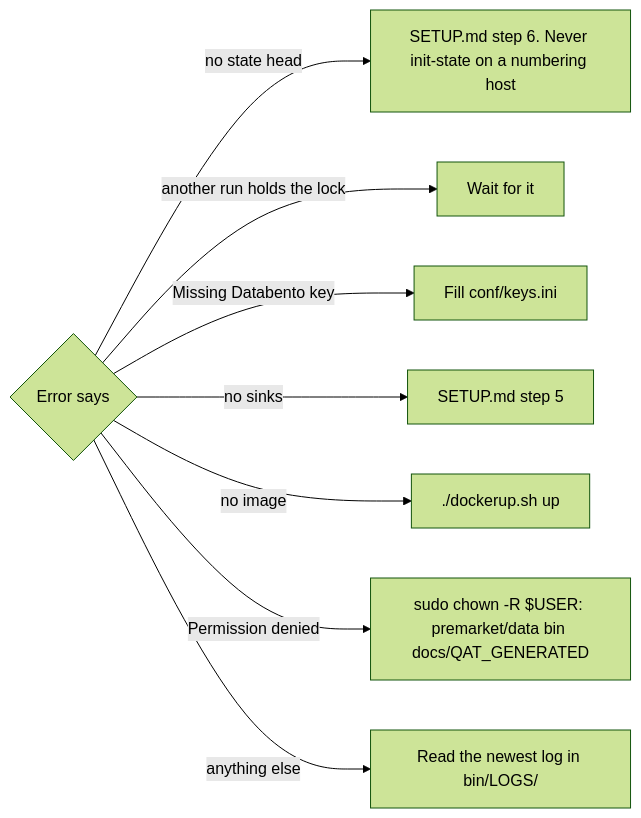
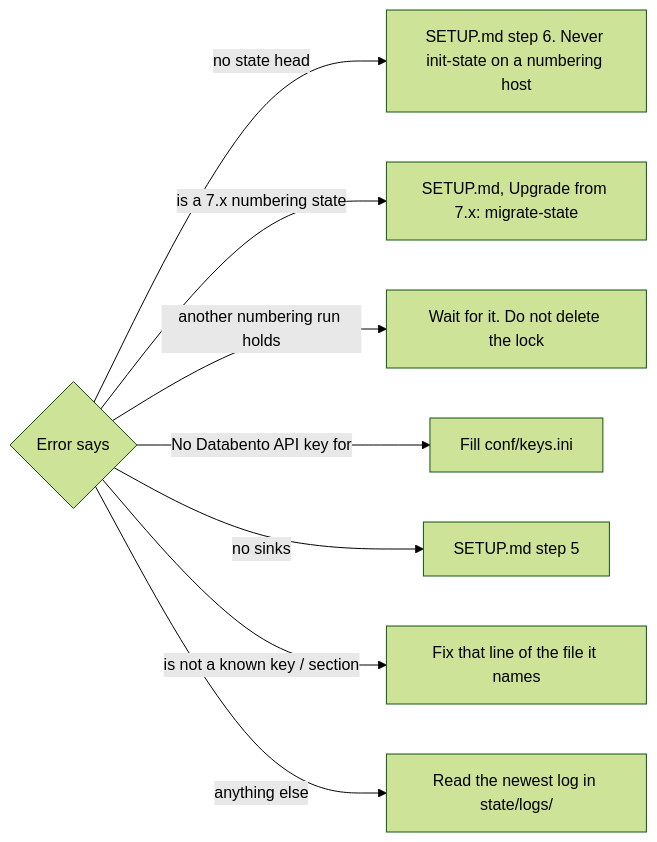
Before and after one commit to dvygo/Securities: the third of 3 diagrams in deploy/RUNBOOK.md, drawn with Mermaid (forest theme). The commit also changed other lines of this file and 119 other files, not shown here.

````diff
--- a/deploy/RUNBOOK.md
+++ b/deploy/RUNBOOK.md
@@ -83,10 +78,10 @@
 ```mermaid
 flowchart LR
     F{"Error says"} -->|"no state head"| I["SETUP.md step 6. Never init-state on a numbering host"]
-    F -->|"another run holds the lock"| L["Wait for it"]
-    F -->|"Missing Databento key"| K["Fill conf/keys.ini"]
+    F -->|"is a 7.x numbering state"| M["SETUP.md, Upgrade from 7.x: migrate-state"]
+    F -->|"another numbering run holds"| L["Wait for it. Do not delete the lock"]
+    F -->|"No Databento API key for"| K["Fill conf/keys.ini"]
     F -->|"no sinks"| S["SETUP.md step 5"]
-    F -->|"no image"| U["./dockerup.sh up"]
-    F -->|"Permission denied"| P["sudo chown -R $USER: premarket/data bin docs/QAT_GENERATED"]
-    F -->|"anything else"| G["Read the newest log in bin/LOGS/"]
+    F -->|"is not a known key / section"| C["Fix that line of the file it names"]
+    F -->|"anything else"| G["Read the newest log in state/logs/"]
 ```
````
